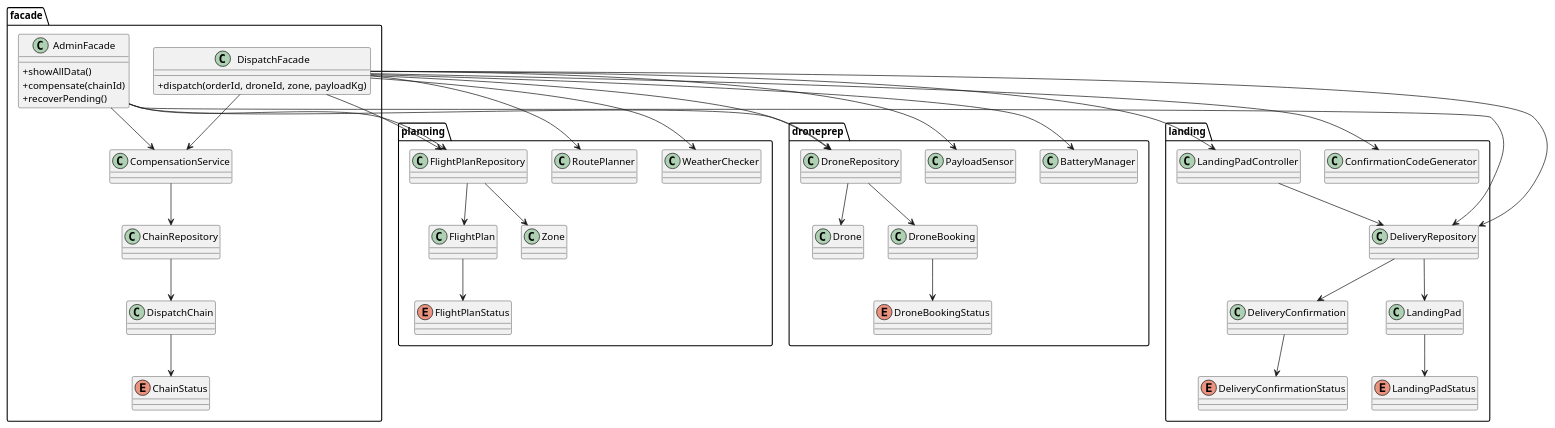
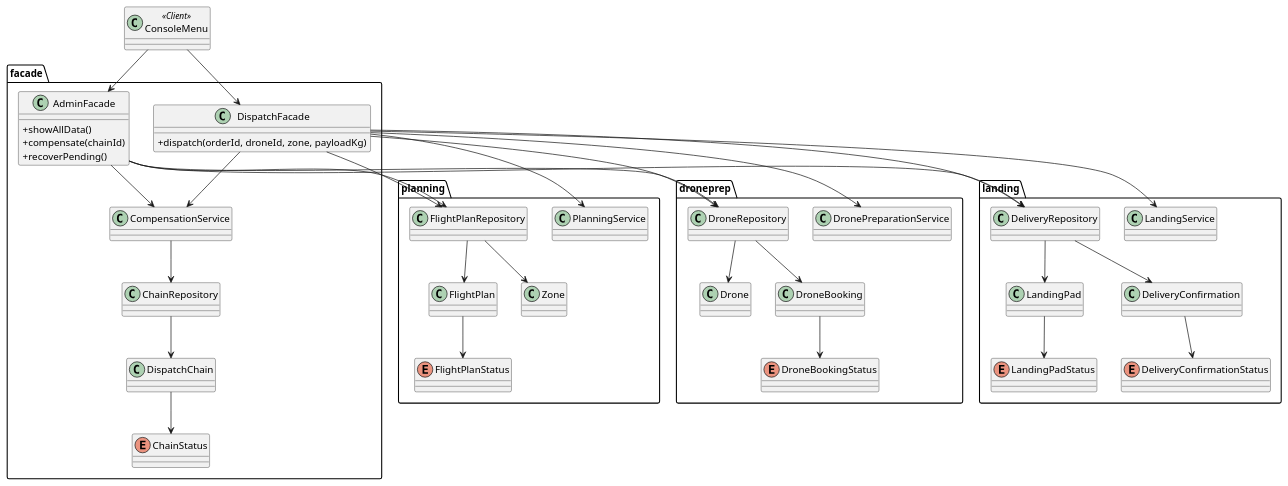
One commit to MangoDeath/delivery-drone-dispatch changed the diagram in docs/class-diagram.puml. Above: the diagram before and after it, drawn with PlantUML. The commit also changed 20 other files, not shown here.

```diff
--- a/docs/class-diagram.puml
+++ b/docs/class-diagram.puml
@@ -1,75 +1,72 @@
 @startuml
 skinparam classAttributeIconSize 0
 
+class ConsoleMenu <<Client>>
+
 package planning {
-  class RoutePlanner
-  class WeatherChecker
+  class PlanningService
   class FlightPlanRepository
   class FlightPlan
   class Zone
   enum FlightPlanStatus
   FlightPlan --> FlightPlanStatus
   FlightPlanRepository --> FlightPlan
   FlightPlanRepository --> Zone
 }
 
 package droneprep {
-  class PayloadSensor
-  class BatteryManager
+  class DronePreparationService
   class DroneRepository
   class Drone
   class DroneBooking
   enum DroneBookingStatus
   DroneBooking --> DroneBookingStatus
   DroneRepository --> Drone
   DroneRepository --> DroneBooking
 }
 
 package landing {
-  class LandingPadController
-  class ConfirmationCodeGenerator
+  class LandingService
   class DeliveryRepository
   class LandingPad
   class DeliveryConfirmation
   enum LandingPadStatus
   enum DeliveryConfirmationStatus
   LandingPad --> LandingPadStatus
   DeliveryConfirmation --> DeliveryConfirmationStatus
-  LandingPadController --> DeliveryRepository
   DeliveryRepository --> LandingPad
   DeliveryRepository --> DeliveryConfirmation
 }
 
 package facade {
   class DispatchFacade {
     +dispatch(orderId, droneId, zone, payloadKg)
   }
   class AdminFacade {
     +showAllData()
     +compensate(chainId)
     +recoverPending()
   }
   class CompensationService
   class ChainRepository
   class DispatchChain
   enum ChainStatus
   DispatchChain --> ChainStatus
   ChainRepository --> DispatchChain
   DispatchFacade --> CompensationService
   AdminFacade --> CompensationService
   CompensationService --> ChainRepository
 }
 
-DispatchFacade --> RoutePlanner
-DispatchFacade --> WeatherChecker
-DispatchFacade --> PayloadSensor
-DispatchFacade --> BatteryManager
-DispatchFacade --> LandingPadController
-DispatchFacade --> ConfirmationCodeGenerator
+ConsoleMenu --> DispatchFacade
+ConsoleMenu --> AdminFacade
+DispatchFacade --> PlanningService
+DispatchFacade --> DronePreparationService
+DispatchFacade --> LandingService
 DispatchFacade --> FlightPlanRepository
 DispatchFacade --> DroneRepository
 DispatchFacade --> DeliveryRepository
 AdminFacade --> FlightPlanRepository
 AdminFacade --> DroneRepository
 AdminFacade --> DeliveryRepository
 @enduml
```
